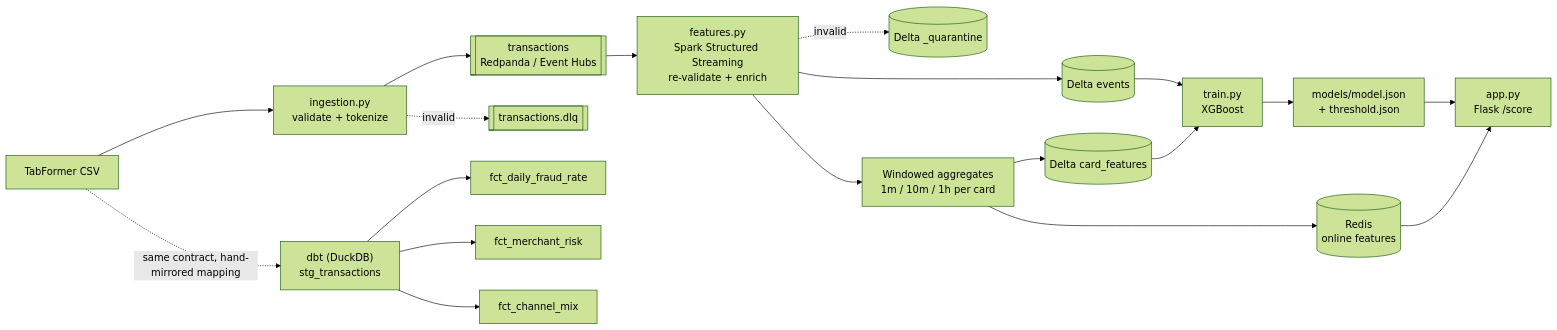
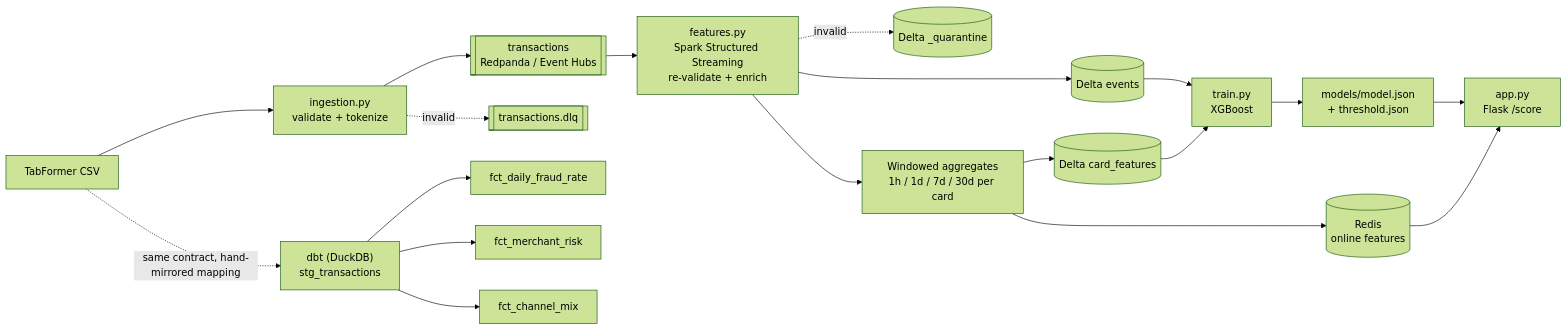
Before and after one commit to vaibhavkhuranaaa/financial-payments-fraud-pipeline: the diagram in README.md, drawn with Mermaid (forest theme). The commit also changed other lines of this file and 3 other files, not shown here.

````diff
--- a/README.md
+++ b/README.md
@@ -15,21 +15,21 @@
 ```mermaid
 flowchart LR
     A[TabFormer CSV] --> B["ingestion.py\nvalidate + tokenize"]
     B --> C[["transactions"\nRedpanda / Event Hubs]]
     B -. invalid .-> C_DLQ[["transactions.dlq"]]
     C --> D["features.py\nSpark Structured Streaming\nre-validate + enrich"]
     D -. invalid .-> DQ[(Delta _quarantine)]
-    D --> E[Windowed aggregates\n1m / 10m / 1h per card]
+    D --> E[Windowed aggregates\n1h / 1d / 7d / 30d per card]
     E --> F[(Redis\nonline features)]
     D --> G[(Delta events)]
     E --> H[(Delta card_features)]
     G --> I["train.py\nXGBoost"]
     H --> I
     I --> M[models/model.json\n+ threshold.json]
     M --> J["app.py\nFlask /score"]
     F --> J
     A -.same contract, hand-mirrored mapping.-> K["dbt (DuckDB)\nstg_transactions"]
     K --> L[fct_daily_fraud_rate]
     K --> N[fct_merchant_risk]
     K --> O[fct_channel_mix]
 ```
````
